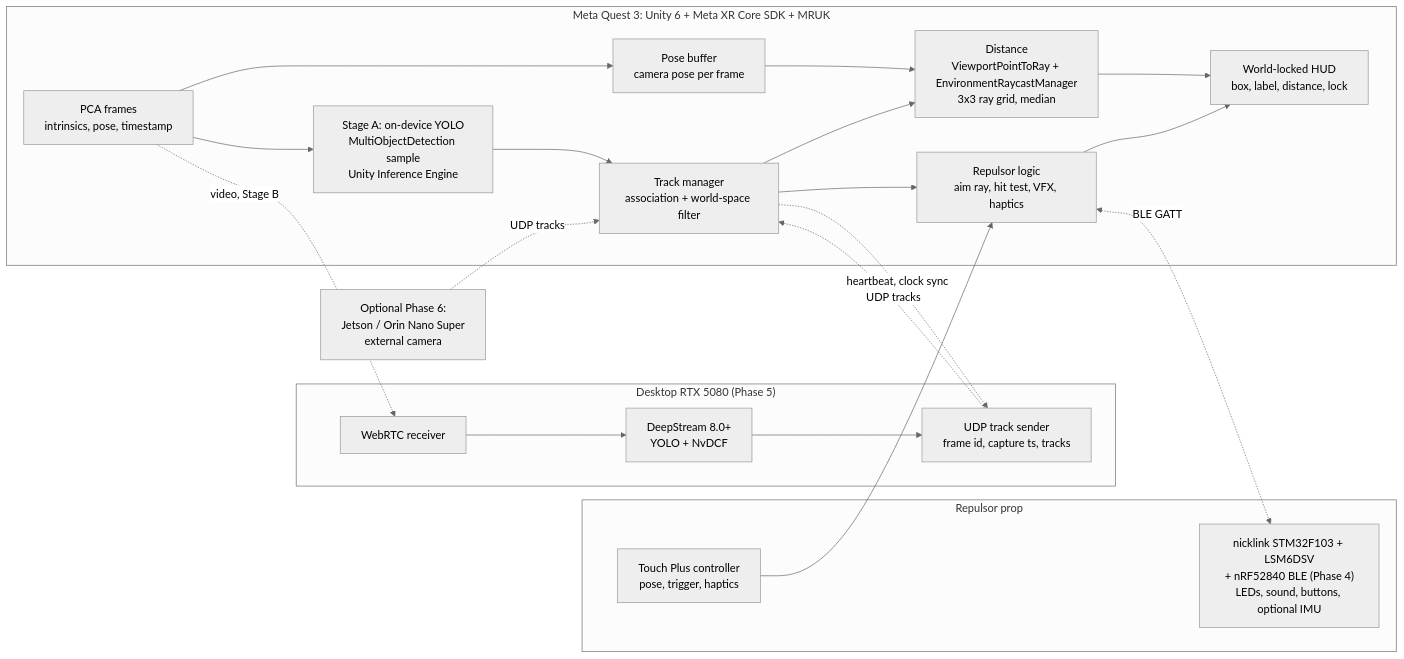
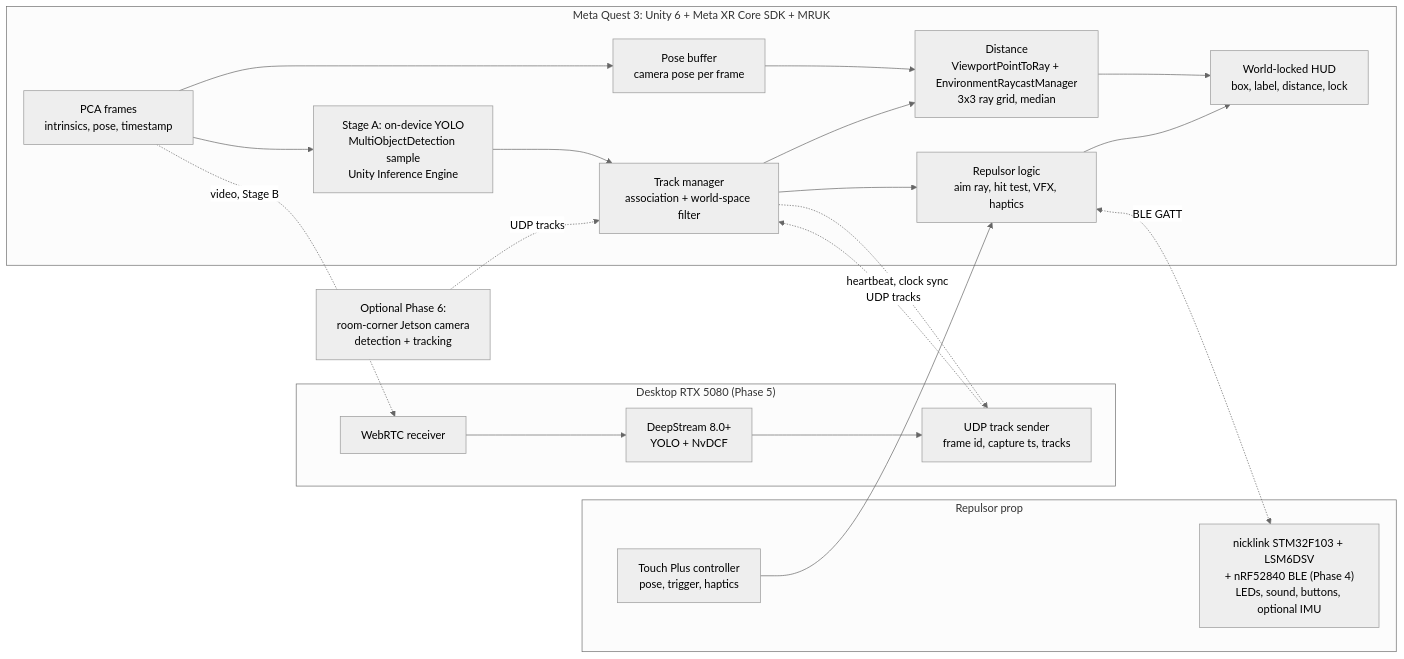
One commit to NickStassen/ironman-quest3-hud changed the diagram in docs/PLAN.md. Above: the diagram before and after it, drawn with Mermaid (neutral theme). The commit also changed other lines of this file, not shown here.

Commit message:
docs(plan): replace Phase 6 with room-corner Jetson camera + fused tracks

````diff
--- a/docs/PLAN.md
+++ b/docs/PLAN.md
@@ -33,38 +33,38 @@
 ```mermaid
 flowchart LR
   subgraph Quest["Meta Quest 3: Unity 6 + Meta XR Core SDK + MRUK"]
     PCA["PCA frames<br/>intrinsics, pose, timestamp"]
     PB["Pose buffer<br/>camera pose per frame"]
     DetA["Stage A: on-device YOLO<br/>MultiObjectDetection sample<br/>Unity Inference Engine"]
     TM["Track manager<br/>association + world-space filter"]
     RC["Distance<br/>ViewportPointToRay + EnvironmentRaycastManager<br/>3x3 ray grid, median"]
     HUD["World-locked HUD<br/>box, label, distance, lock"]
     GAME["Repulsor logic<br/>aim ray, hit test, VFX, haptics"]
     PCA --> PB
     PCA --> DetA --> TM
     PB --> RC
     TM --> RC --> HUD
     TM --> GAME --> HUD
   end
 
   subgraph PC["Desktop RTX 5080 (Phase 5)"]
     RX["WebRTC receiver"]
     DS["DeepStream 8.0+<br/>YOLO + NvDCF"]
     TX["UDP track sender<br/>frame id, capture ts, tracks"]
     RX --> DS --> TX
   end
 
   subgraph Prop["Repulsor prop"]
     TOUCH["Touch Plus controller<br/>pose, trigger, haptics"]
     NL["nicklink STM32F103 + LSM6DSV<br/>+ nRF52840 BLE (Phase 4)<br/>LEDs, sound, buttons, optional IMU"]
   end
 
   PCA -.->|"video, Stage B"| RX
   TX -.->|"UDP tracks"| TM
   TM -.->|"heartbeat, clock sync"| TX
   TOUCH --> GAME
   GAME <-.->|"BLE GATT"| NL
 
-  JET["Optional Phase 6:<br/>Jetson / Orin Nano Super<br/>external camera"]
+  JET["Optional Phase 6:<br/>room-corner Jetson camera<br/>detection + tracking"]
   JET -.->|"UDP tracks"| TM
 ```
````
